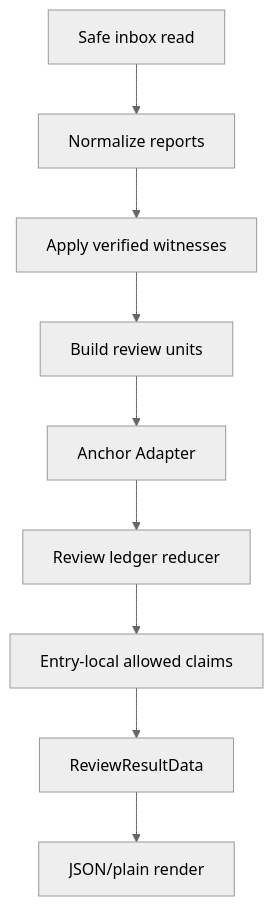
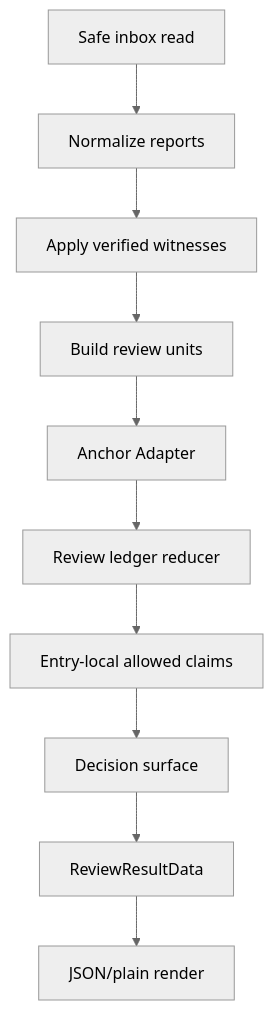
Before and after one commit to nathanvale/claude-code-config: the third of 5 diagrams in skills/skill-feedback/ARCHITECTURE.md, drawn with Mermaid (neutral theme). The commit also changed other lines of this file and 37 other files, not shown here.

````diff
--- a/skills/skill-feedback/ARCHITECTURE.md
+++ b/skills/skill-feedback/ARCHITECTURE.md
@@ -156,11 +171,12 @@
 ```mermaid
 flowchart TD
   Inbox["Safe inbox read"] --> Normalize["Normalize reports"]
   Normalize --> Witnesses["Apply verified witnesses"]
   Witnesses --> Units["Build review units"]
   Units --> Anchors["Anchor Adapter"]
   Anchors --> Reducer["Review ledger reducer"]
   Reducer --> Claims["Entry-local allowed claims"]
-  Claims --> ReviewResult["ReviewResultData"]
+  Claims --> Surface["Decision surface"]
+  Surface --> ReviewResult["ReviewResultData"]
   ReviewResult --> Render["JSON/plain render"]
 ```
````
